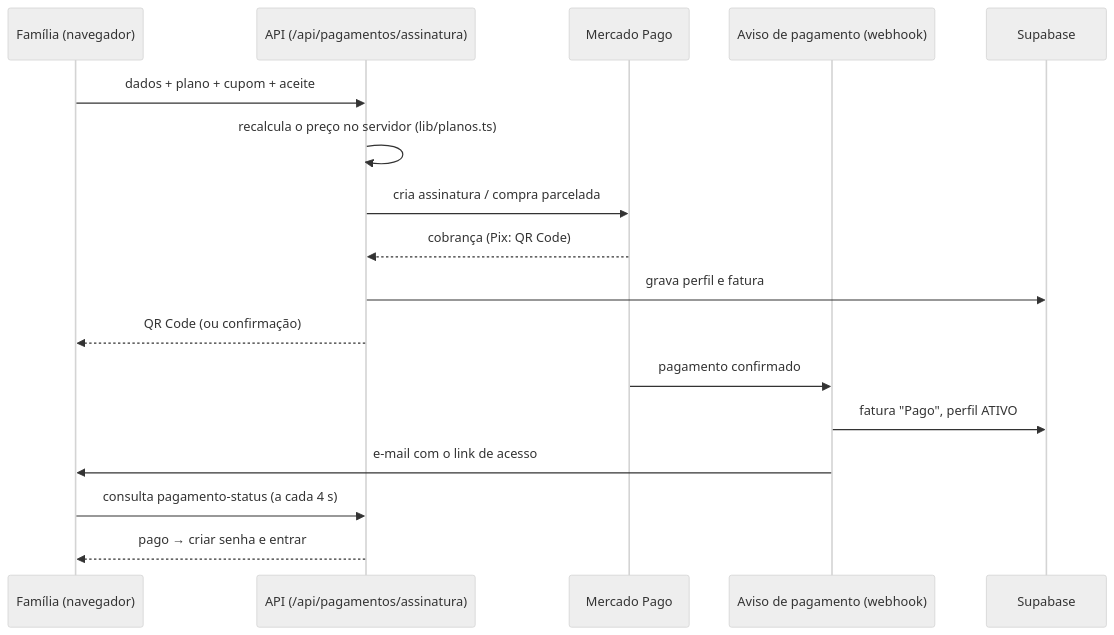
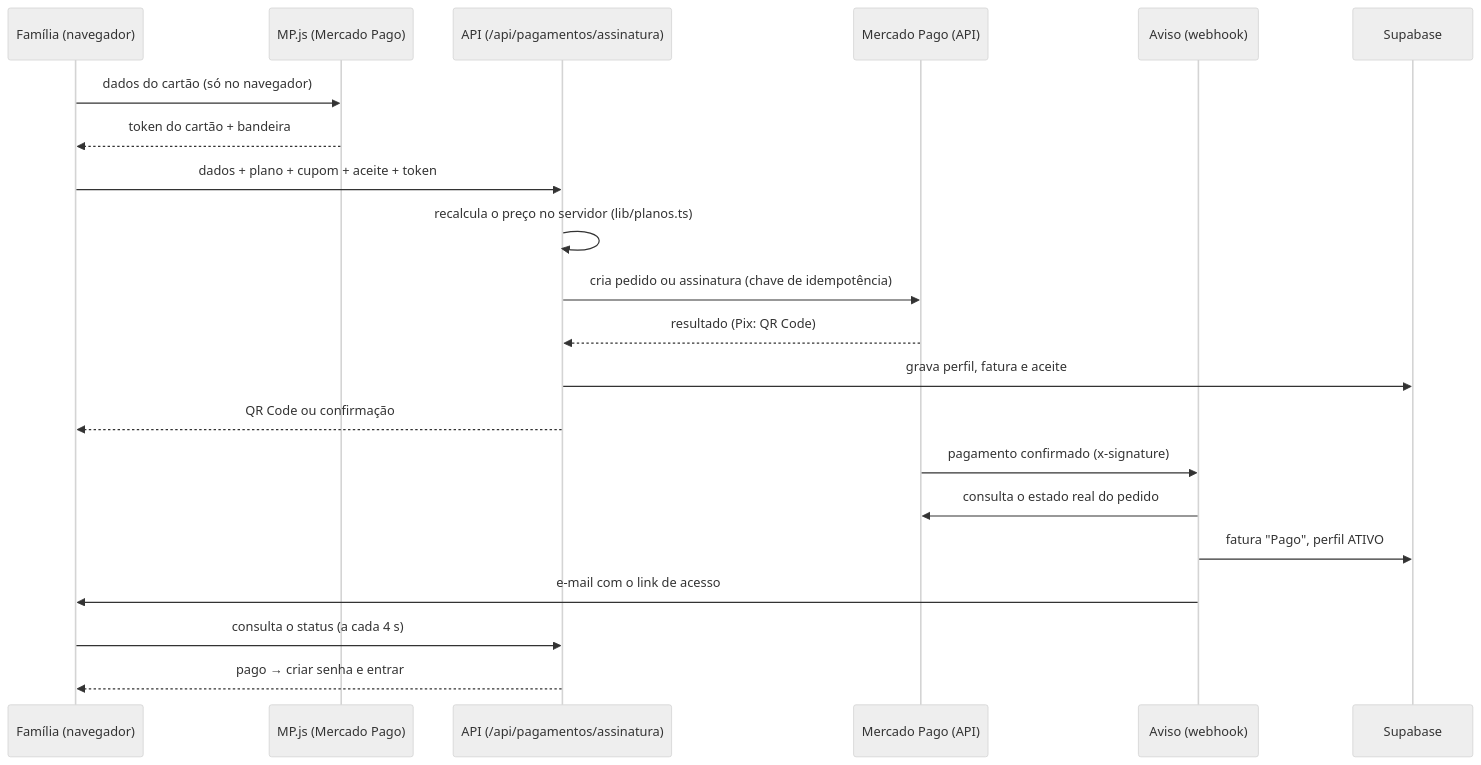
One commit to Leles05/Nutrindo-em-casa changed the diagram in docs/arquitetura.md. Above: the diagram before and after it, drawn with Mermaid (neutral theme). The commit also changed other lines of this file and 17 other files, not shown here.

First line of the commit message:
feat: checkout real com Mercado Pago (Pix, cartao a vista por assinatura, parcelado), token do cartao no navegador, cancelamento no MP e renovacao por link (cron)

````diff
--- a/docs/arquitetura.md
+++ b/docs/arquitetura.md
@@ -93,19 +101,23 @@
 ```mermaid
 sequenceDiagram
     participant F as Família (navegador)
+    participant M as MP.js (Mercado Pago)
     participant A as API (/api/pagamentos/assinatura)
-    participant S as Mercado Pago
-    participant W as Aviso de pagamento (webhook)
+    participant S as Mercado Pago (API)
+    participant W as Aviso (webhook)
     participant D as Supabase
-    F->>A: dados + plano + cupom + aceite
+    F->>M: dados do cartão (só no navegador)
+    M-->>F: token do cartão + bandeira
+    F->>A: dados + plano + cupom + aceite + token
     A->>A: recalcula o preço no servidor (lib/planos.ts)
-    A->>S: cria assinatura / compra parcelada
-    S-->>A: cobrança (Pix: QR Code)
-    A->>D: grava perfil e fatura
-    A-->>F: QR Code (ou confirmação)
-    S->>W: pagamento confirmado
+    A->>S: cria pedido ou assinatura (chave de idempotência)
+    S-->>A: resultado (Pix: QR Code)
+    A->>D: grava perfil, fatura e aceite
+    A-->>F: QR Code ou confirmação
+    S->>W: pagamento confirmado (x-signature)
+    W->>S: consulta o estado real do pedido
     W->>D: fatura "Pago", perfil ATIVO
     W->>F: e-mail com o link de acesso
-    F->>A: consulta pagamento-status (a cada 4 s)
+    F->>A: consulta o status (a cada 4 s)
     A-->>F: pago → criar senha e entrar
 ```
````
